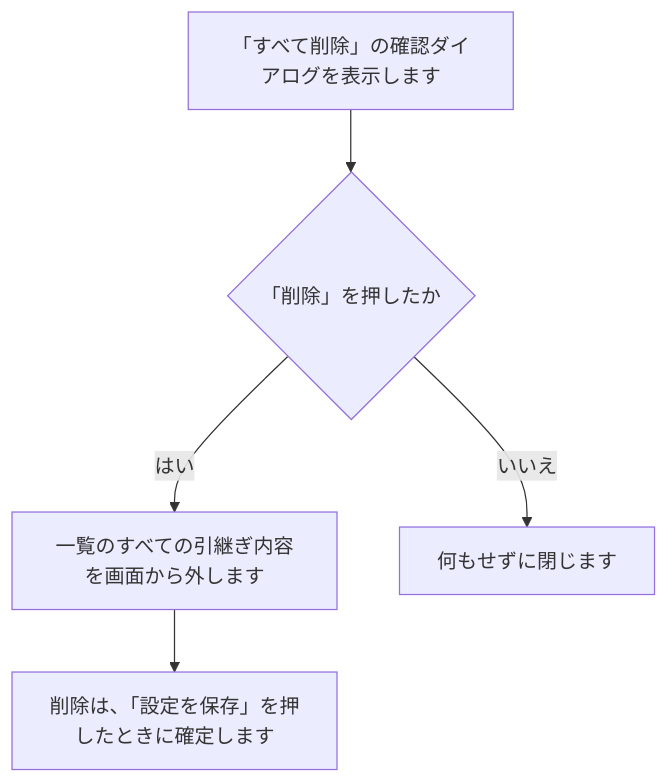
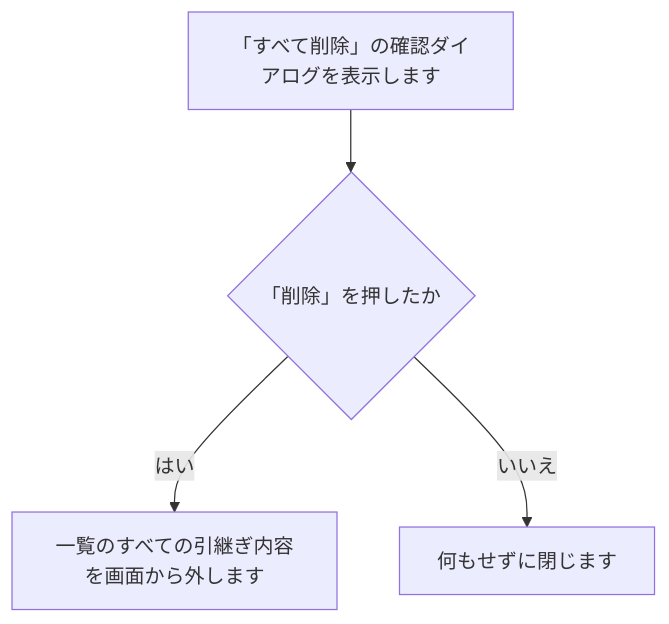
Diagram 20 of 34 in tool/smstokintone/doc/02_設計/処理フロー.md (nishida2073/project_management), drawn with Mermaid before and after one commit. The commit also changed other lines of this file and 5 other files, not shown here.

````diff
--- a/tool/smstokintone/doc/02_設計/処理フロー.md
+++ b/tool/smstokintone/doc/02_設計/処理フロー.md
@@ -339,7 +331,6 @@
 ```mermaid
 flowchart TD
   A["「すべて削除」の確認ダイアログを表示します"] --> B{"「削除」を押したか"}
   B -- はい --> D["一覧のすべての引継ぎ内容を画面から外します"]
   B -- いいえ --> C["何もせずに閉じます"]
-  D --> E["削除は、「設定を保存」を押したときに確定します"]
 ```
````
